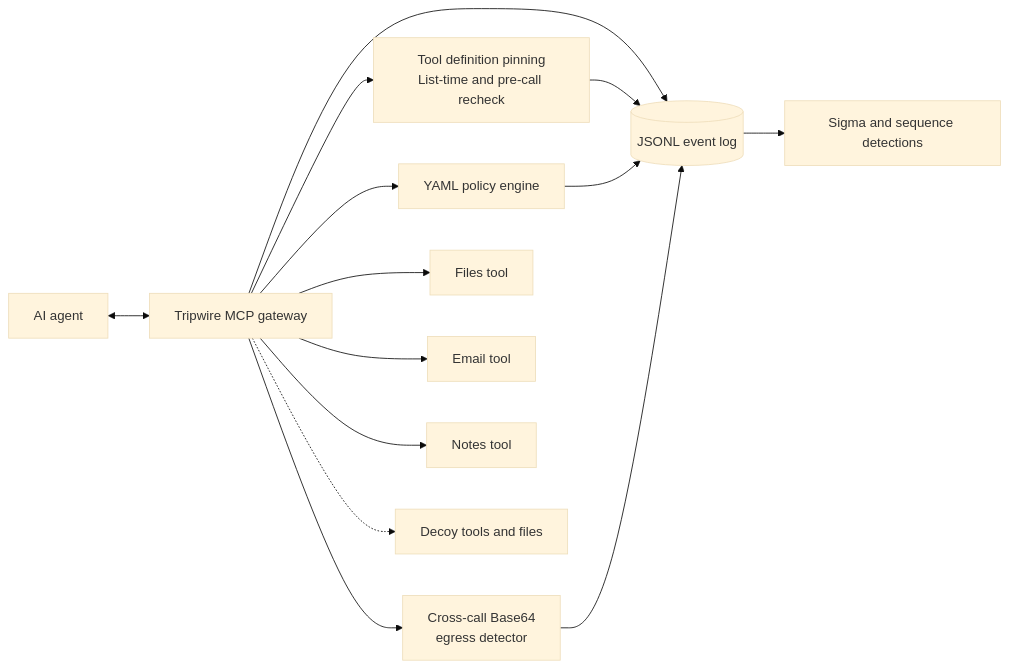
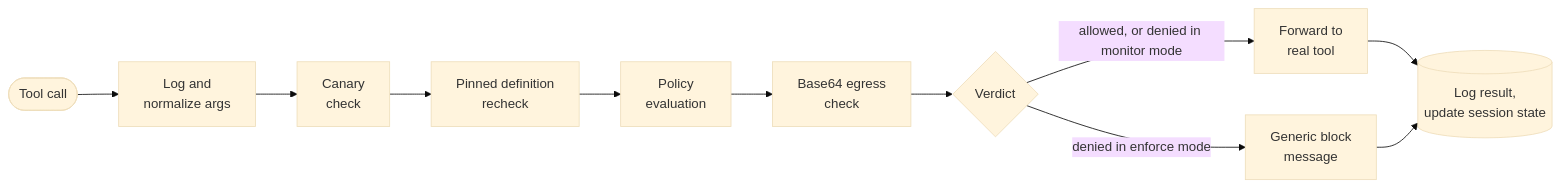
Before and after one commit to FCortezSecurity/agent-tripwire: the diagram in README.md, drawn with Mermaid (base theme). The commit also changed other lines of this file and 4 other files, not shown here.

````diff
--- a/README.md
+++ b/README.md
@@ -37,18 +62,13 @@
 ```mermaid
 flowchart LR
-    Agent["AI agent"] <--> GW["Tripwire MCP gateway"]
-
-    GW --> Pin["Tool definition pinning<br/>List-time and pre-call recheck"]
-    GW --> Policy["YAML policy engine"]
-    GW --> Egress["Cross-call Base64<br/>egress detector"]
-    GW --> Files["Files tool"]
-    GW --> Email["Email tool"]
-    GW --> Notes["Notes tool"]
-    GW -.-> Decoys["Decoy tools and files"]
-
-    GW --> Log[("JSONL event log")]
-    Pin --> Log
-    Policy --> Log
-    Egress --> Log
-    Log --> Rules["Sigma and sequence detections"]
+    A([Tool call]) --> B["Log and<br/>normalize args"]
+    B --> C["Canary<br/>check"]
+    C --> D["Pinned definition<br/>recheck"]
+    D --> E["Policy<br/>evaluation"]
+    E --> F["Base64 egress<br/>check"]
+    F --> G{Verdict}
+    G -- "allowed, or denied in monitor mode" --> H["Forward to<br/>real tool"]
+    G -- "denied in enforce mode" --> I["Generic block<br/>message"]
+    H --> J[("Log result,<br/>update session state")]
+    I --> J
 ```
````
